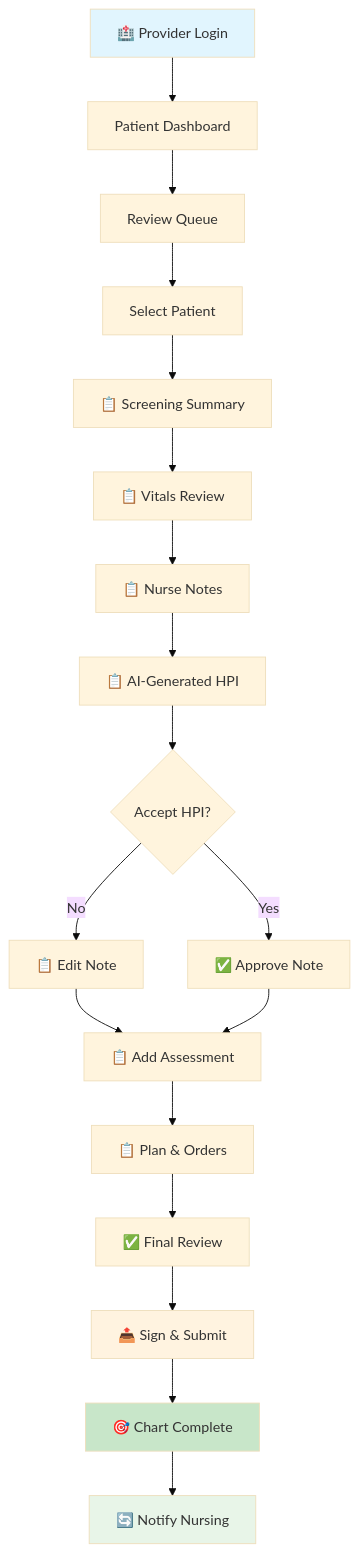
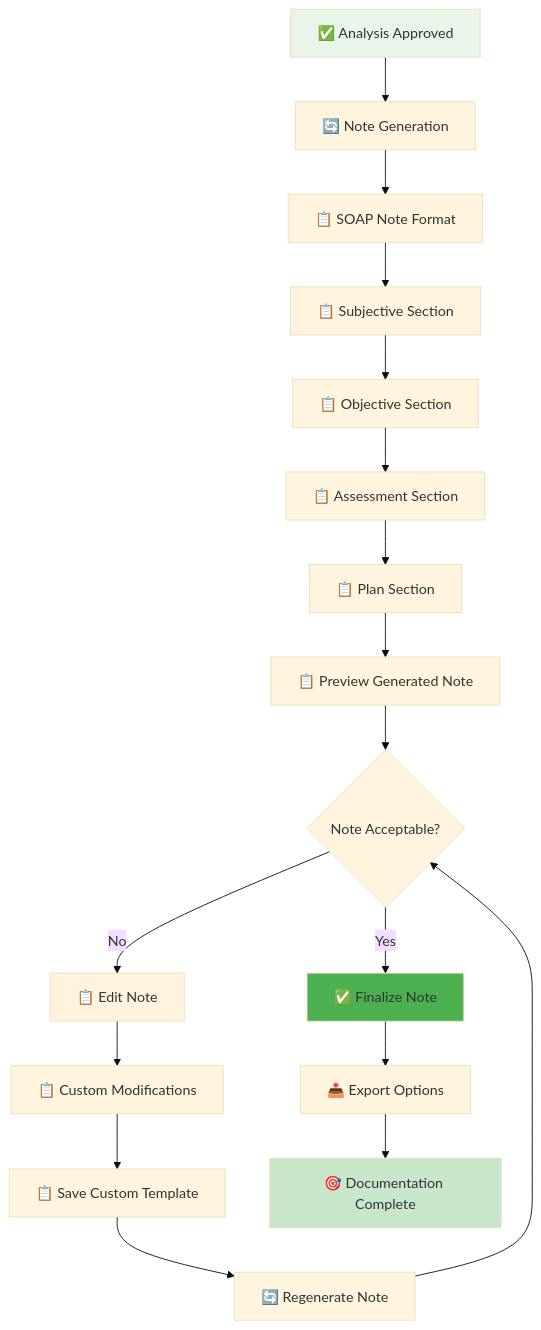
Before and after one commit to Duraman3444/PreExamChartingAgent: the ninth of 16 diagrams in docs/wireflow-diagrams.md, drawn with Mermaid (base theme). The commit also changed other lines of this file and 5 other files, not shown here.

````diff
--- a/docs/wireflow-diagrams.md
+++ b/docs/wireflow-diagrams.md
@@ -193,25 +271,24 @@
 ```mermaid
 flowchart TD
-    A[🏥 Provider Login] --> B[Patient Dashboard]
-    B --> C[Review Queue]
-    C --> D[Select Patient]
-    D --> E[📋 Screening Summary]
-    E --> F[📋 Vitals Review]
-    F --> G[📋 Nurse Notes]
-    G --> H[📋 AI-Generated HPI]
-    H --> I{Accept HPI?}
+    A[✅ Analysis Approved] --> B[🔄 Note Generation]
+    B --> C[📋 SOAP Note Format]
+    C --> D[📋 Subjective Section]
+    D --> E[📋 Objective Section]
+    E --> F[📋 Assessment Section]
+    F --> G[📋 Plan Section]
+    G --> H[📋 Preview Generated Note]
+    H --> I{Note Acceptable?}
     I -->|No| J[📋 Edit Note]
-    I -->|Yes| K[✅ Approve Note]
-    J --> L[📋 Add Assessment]
-    K --> L
-    L --> M[📋 Plan & Orders]
-    M --> N[✅ Final Review]
-    N --> O[📤 Sign & Submit]
-    O --> P[🎯 Chart Complete]
-    P --> Q[🔄 Notify Nursing]
+    I -->|Yes| K[✅ Finalize Note]
+    J --> L[📋 Custom Modifications]
+    L --> M[📋 Save Custom Template]
+    M --> N[🔄 Regenerate Note]
+    N --> I
+    K --> O[📤 Export Options]
+    O --> P[🎯 Documentation Complete]
     
-    style A fill:#e1f5fe
+    style A fill:#e8f5e8
     style P fill:#c8e6c9
-    style O fill:#fff3e0
-    style Q fill:#e8f5e8
+    style K fill:#4caf50
+    style J fill:#fff3e0
 ```
````
